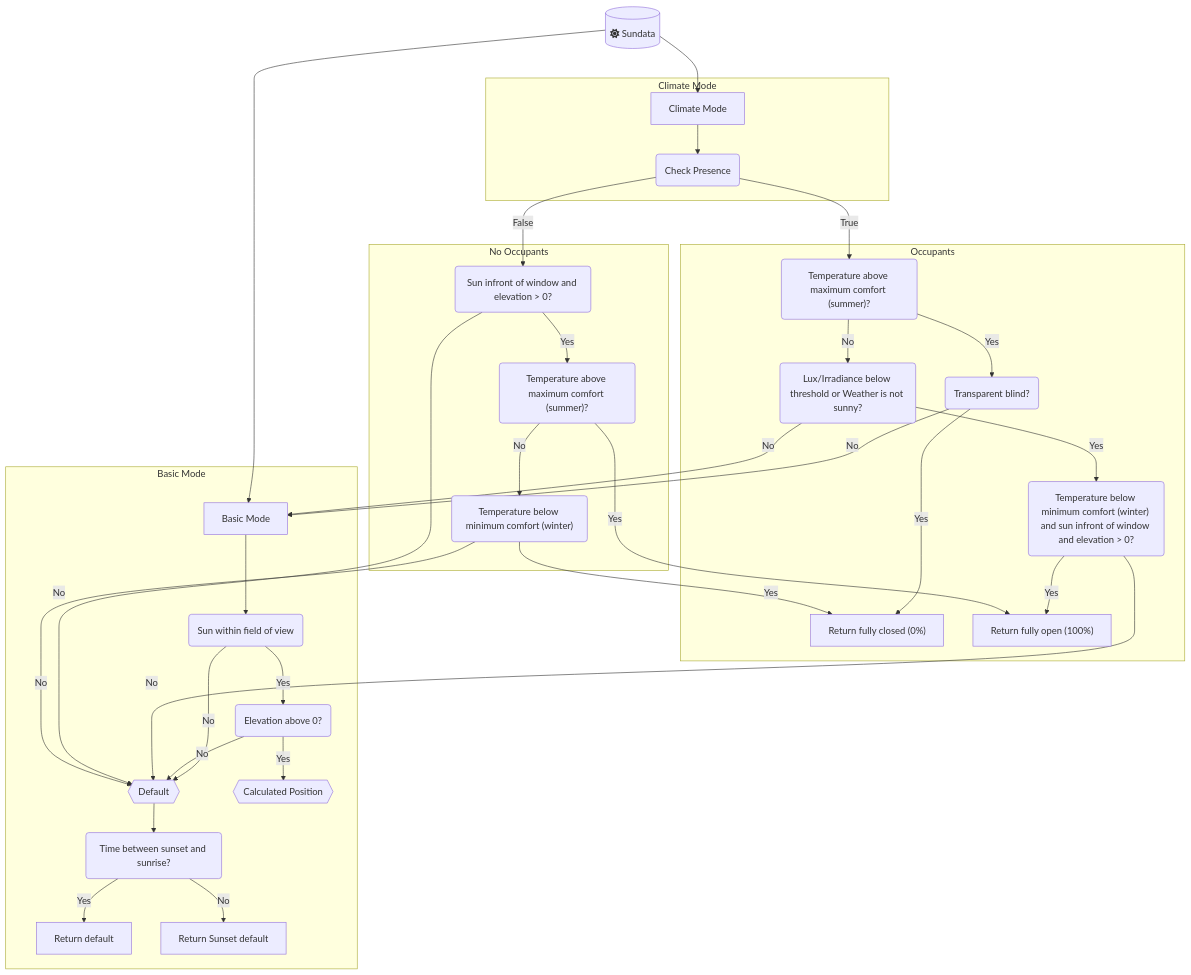
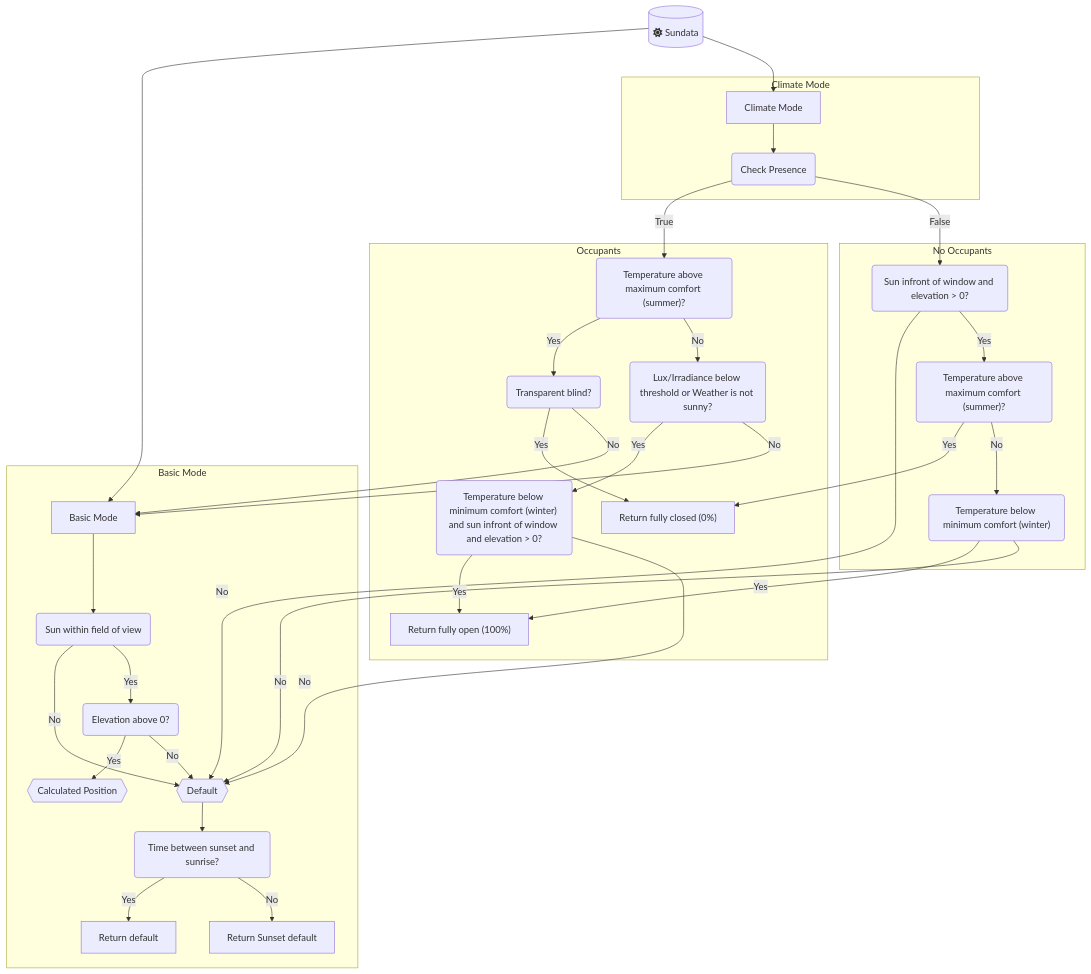
Before and after one commit to basbruss/adaptive-cover: the diagram in README.md, drawn with Mermaid.

````diff
--- a/README.md
+++ b/README.md
@@ -92,50 +92,50 @@
 ```mermaid
   graph TD
 
   A[("fa:fa-sun Sundata")]
   A --> B["Basic Mode"]
   A --> C["Climate Mode"]
 
   subgraph "Basic Mode"
       B --> BA("Sun within field of view")
 
       BA --> |No| BC{{Default}}
       BC --> BE("Time between sunset and sunrise?")
       BE --> |Yes| BF["Return default"]
       BE --> |No| BG["Return Sunset default"]
 
       BA --> |Yes| BD("Elevation above 0?")
       BD --> |Yes| BH{{"Calculated Position"}}
       BD --> |No| BC
   end
 
   subgraph "Climate Mode"
       C --> CA("Check Presence")
   end
 
   subgraph "Occupants"
       CA --> |True| CB("Temperature above maximum comfort (summer)?")
 
       CB --> |Yes| CD("Transparent blind?")
       CB --> |No| CE("Lux/Irradiance below threshold or Weather is not sunny?")
 
       CD --> |Yes| CF["Return fully closed (0%)"]
       CD --> |No| B
 
       CE --> |Yes| CG("Temperature below minimum comfort (winter) and sun infront of window and elevation > 0?")
       CE --> |No| B
 
       CG --> |Yes| CH["Return fully open (100%)"]
       CG --> |No| BC
   end
 
   subgraph "No Occupants"
       CA --> |False| CC("Sun infront of window and elevation > 0?")
       CC --> |No| BC
       CC --> |Yes| CI("Temperature above maximum comfort (summer)?")
-      CI --> |Yes| CH
+      CI --> |Yes| CF
       CI --> |No| CJ("Temperature below minimum comfort (winter)")
-      CJ --> |Yes| CF
+      CJ --> |Yes| CH
       CJ --> |No| BC
   end
 ```
````
